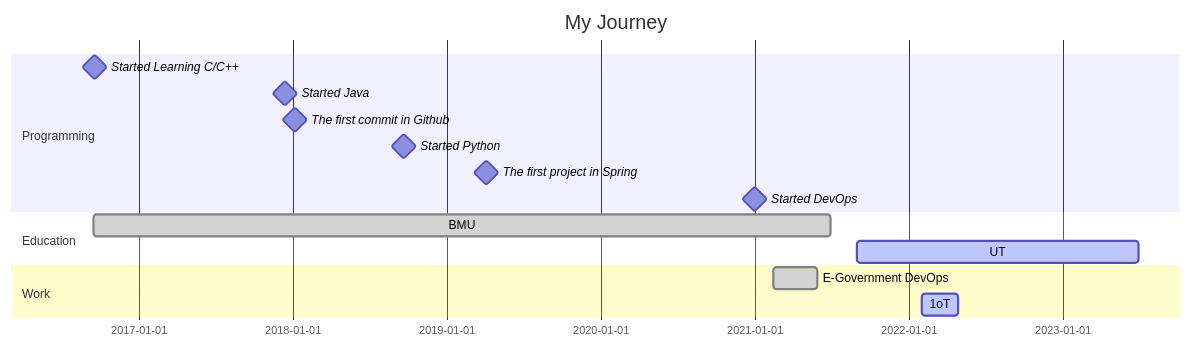
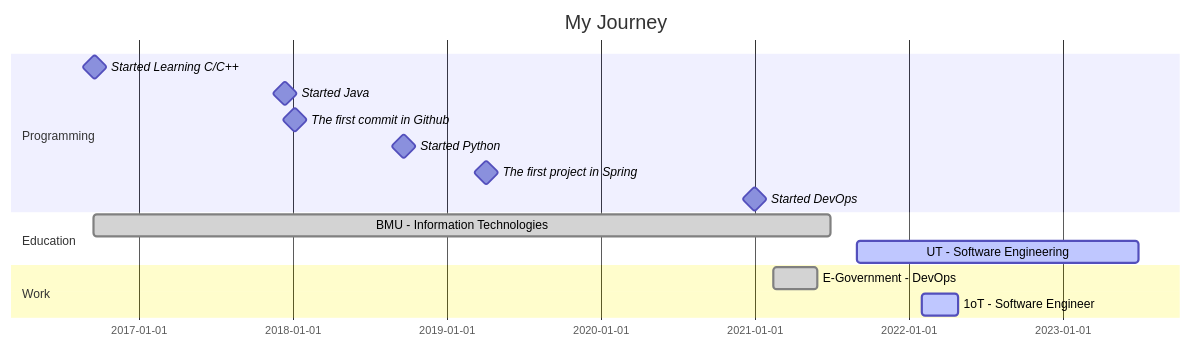
One commit to mir-jalal/mir-jalal changed the diagram in README.md. Above: the diagram before and after it, drawn with Mermaid.

````diff
--- a/README.md
+++ b/README.md
@@ -46,19 +46,19 @@
 ```mermaid
 gantt
     title My Journey
     dateFormat  YYYY-MM-DD
     todayMarker stroke-width:5px,stroke:#0f0,opacity:0.5
     section Programming
     Started Learning C/C++  : milestone, m1, 2016-09-17,
     Started Java : milestone, java, 2017-12-12,
     The first commit in Github: milestone, m2, 2018-01-06,
     Started Python: milestone, python, 2018-09-20,
     The first project in Spring: milestone,spring, 2019-04-05,
     Started DevOps: milestone, devops, 2020-12-31,
     section Education
-    BMU: done, 2016-09-15, 2021-07-01
-    UT: active, 2021-09-01, 2023-07-01
+    BMU - Information Technologies: done, 2016-09-15, 2021-07-01
+    UT - Software Engineering: active, 2021-09-01, 2023-07-01
     section Work
-    E-Government DevOps: done, 2021-02-15, 2021-05-31
-    1oT: active, 2022-02-01, 2022-04-30
+    E-Government - DevOps: done, 2021-02-15, 2021-05-31
+    1oT - Software Engineer: active, 2022-02-01, 2022-04-30
 ```
````
